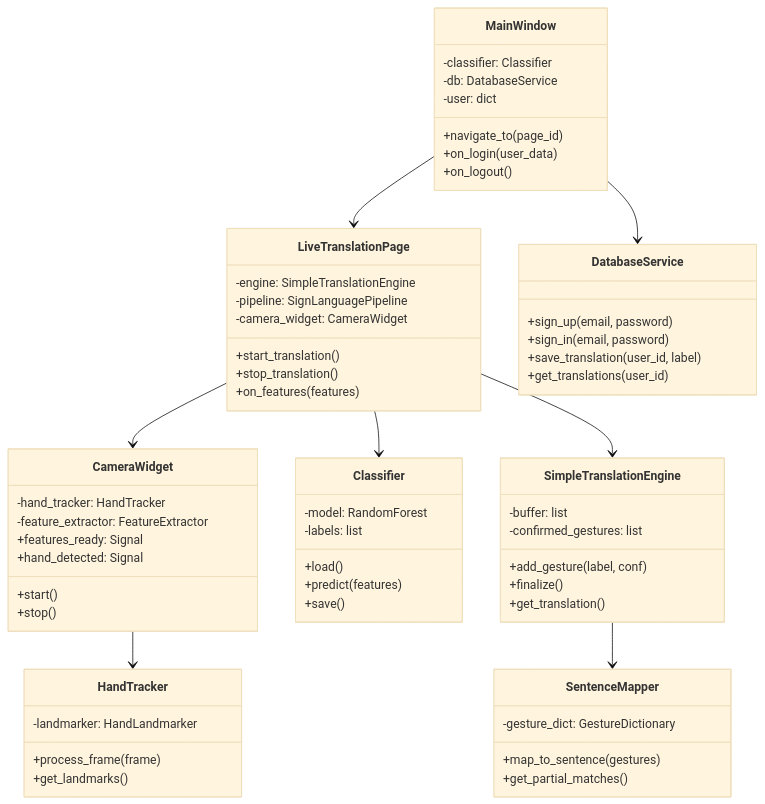
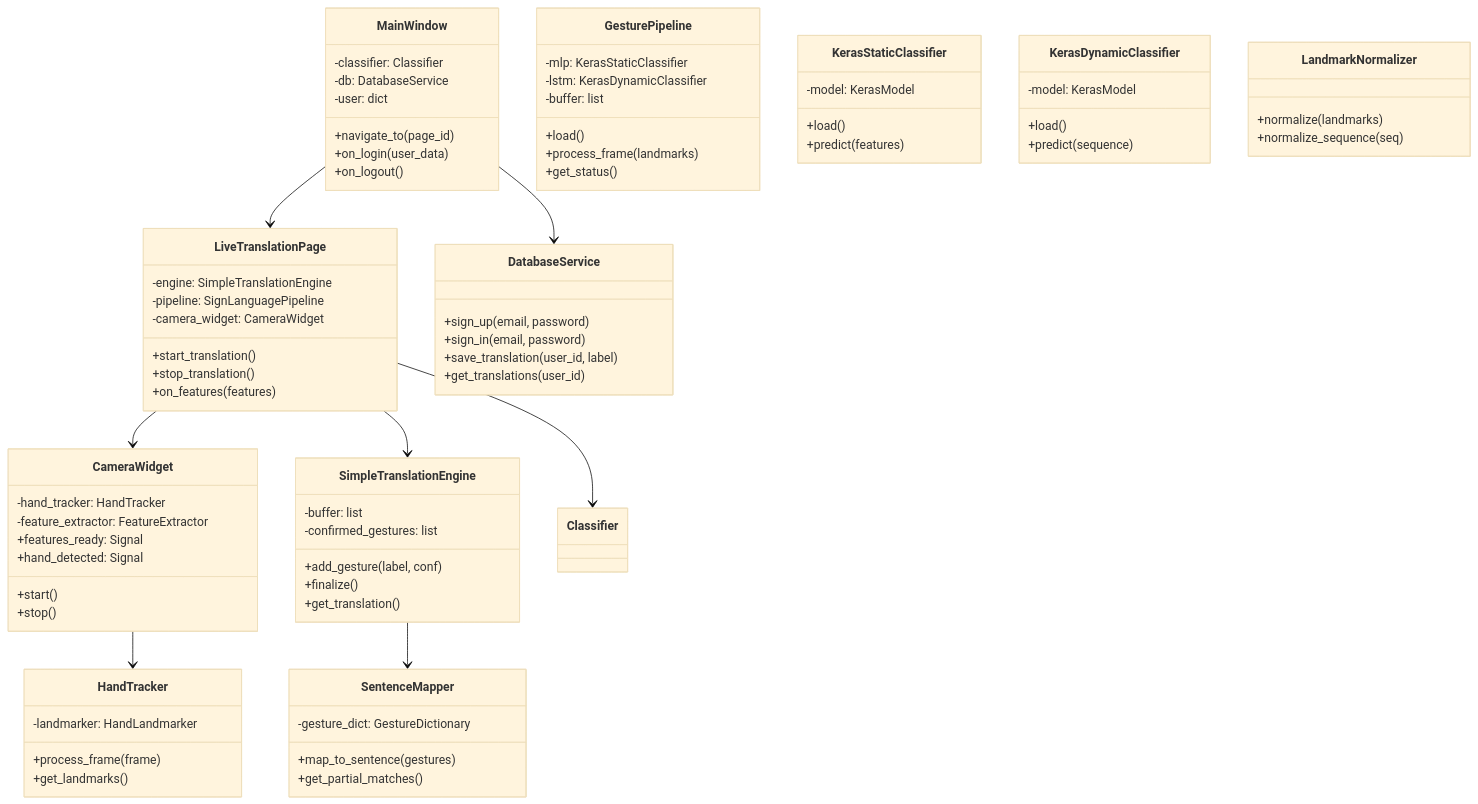
The seventh of 10 diagrams in DIAGRAMS.md (neeer4j/EmoSign), drawn with Mermaid (base theme) before and after one commit. The commit also changed other lines of this file and 40 other files, not shown here.

Commit message:
Migration to TensorFlow/Keras pipeline, 63-feature landmark normalization, dynamic recording fixes, and tutorial UI enhancements

```diff
--- a/DIAGRAMS.md
+++ b/DIAGRAMS.md
@@ -300,12 +313,30 @@
         +get_landmarks()
     }
     
-    class Classifier {
-        -model: RandomForest
-        -labels: list
+    class GesturePipeline {
+        -mlp: KerasStaticClassifier
+        -lstm: KerasDynamicClassifier
+        -buffer: list
+        +load()
+        +process_frame(landmarks)
+        +get_status()
+    }
+    
+    class KerasStaticClassifier {
+        -model: KerasModel
         +load()
         +predict(features)
-        +save()
+    }
+
+    class KerasDynamicClassifier {
+        -model: KerasModel
+        +load()
+        +predict(sequence)
+    }
+    
+    class LandmarkNormalizer {
+        +normalize(landmarks)
+        +normalize_sequence(seq)
     }
     
     class SimpleTranslationEngine {
```
